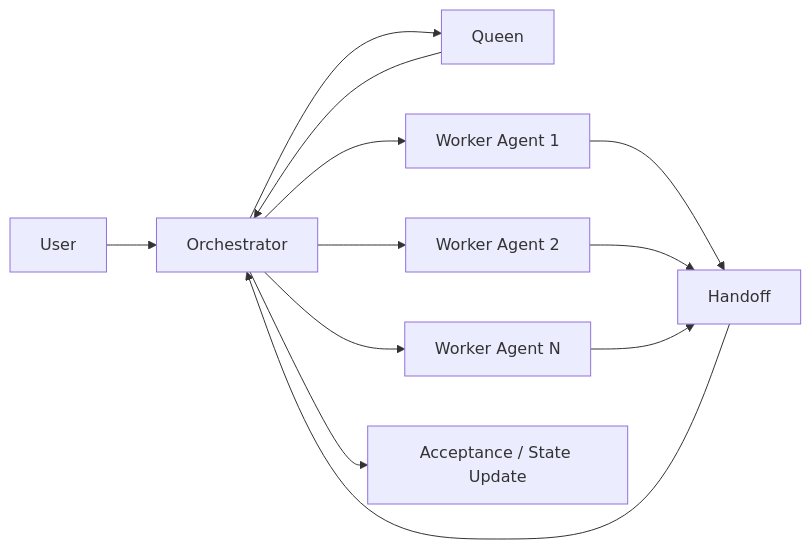
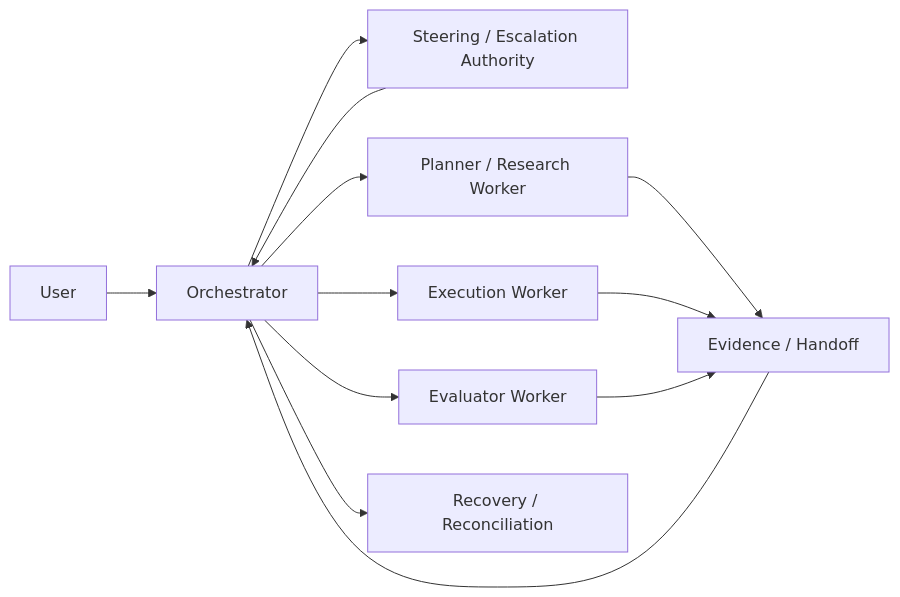
The diagram in docs/02-governance/01-角色职责矩阵.md (leeson1/Hive-Design), drawn with Mermaid before and after one commit. The commit also changed other lines of this file and 31 other files, not shown here.

````diff
--- a/docs/02-governance/01-角色职责矩阵.md
+++ b/docs/02-governance/01-角色职责矩阵.md
@@ -19,16 +20,15 @@
 ```mermaid
 flowchart LR
     U["User"] --> O["Orchestrator"]
-    O --> Q["Queen"]
-    O --> W1["Worker Agent 1"]
-    O --> W2["Worker Agent 2"]
-    O --> WN["Worker Agent N"]
+    O --> S["Steering / Escalation Authority"]
+    O --> P["Planner / Research Worker"]
+    O --> X["Execution Worker"]
+    O --> E["Evaluator Worker"]
+    O --> R["Recovery / Reconciliation"]
 
-    W1 --> H["Handoff"]
-    W2 --> H
-    WN --> H
-
+    P --> H["Evidence / Handoff"]
+    X --> H
+    E --> H
     H --> O
-    O --> A["Acceptance / State Update"]
-    Q --> O
+    S --> O
 ```
````
